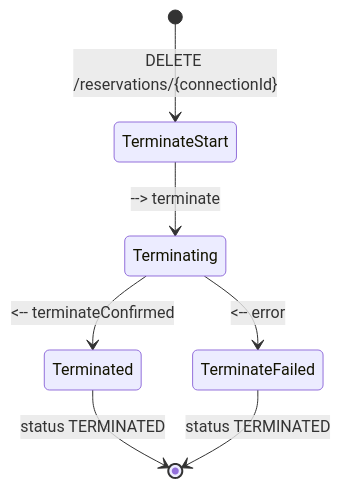
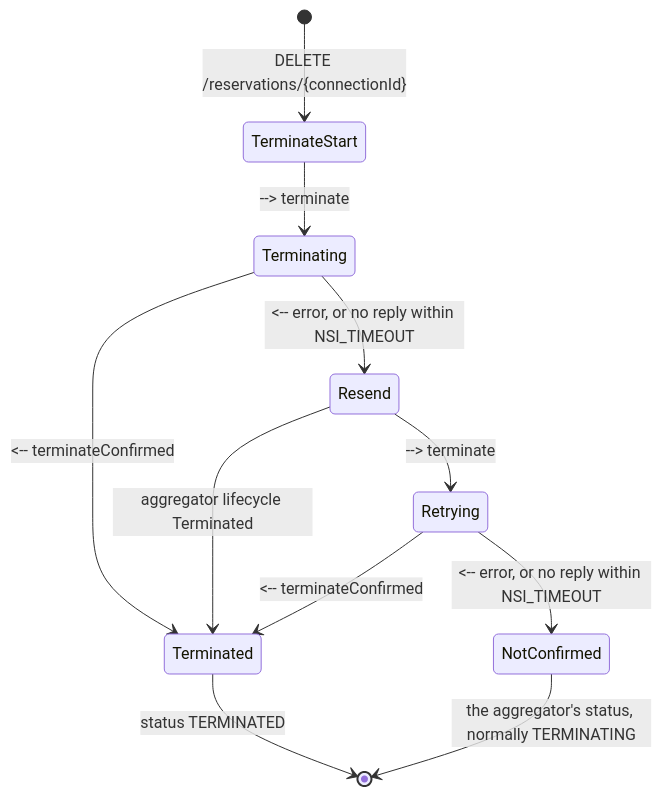
One commit to workfloworchestrator/nsi-aggregator-proxy changed the sixth of 6 diagrams in README.md. Above: the diagram before and after it, drawn with Mermaid. The commit also changed other lines of this file and 17 other files, not shown here.

````diff
--- a/README.md
+++ b/README.md
@@ -573,11 +586,17 @@
 ```mermaid
 stateDiagram-v2
     [*] --> TerminateStart : DELETE /reservations/{connectionId}
     state TerminateStart <<choice>>
     TerminateStart --> Terminating : --> terminate
     state Terminating <<choice>>
     Terminating --> Terminated : <-- terminateConfirmed
-    Terminating --> TerminateFailed : <-- error
+    Terminating --> Resend : <-- error, or no reply within NSI_TIMEOUT
+    state Resend <<choice>>
+    Resend --> Terminated : aggregator lifecycle Terminated
+    Resend --> Retrying : --> terminate
+    state Retrying <<choice>>
+    Retrying --> Terminated : <-- terminateConfirmed
+    Retrying --> NotConfirmed : <-- error, or no reply within NSI_TIMEOUT
     Terminated --> [*] :  status TERMINATED
-    TerminateFailed --> [*] :  status TERMINATED
+    NotConfirmed --> [*] :  the aggregator's status, normally TERMINATING
 ```
````
